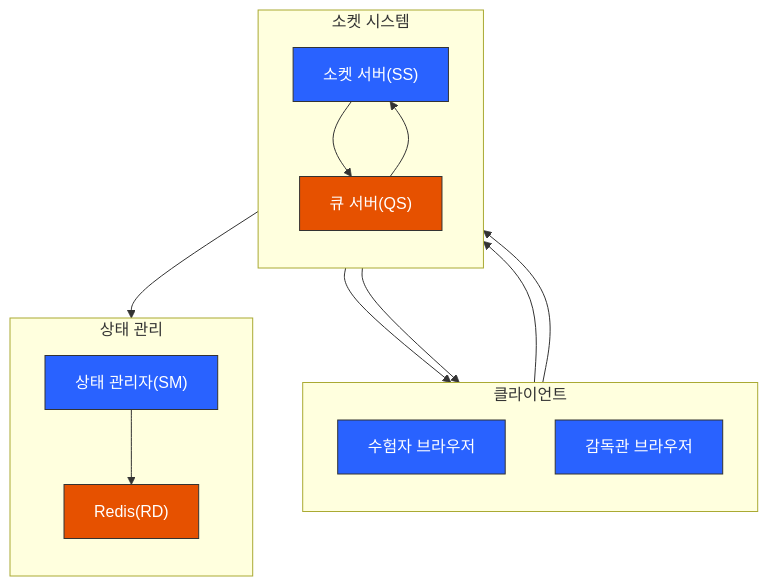
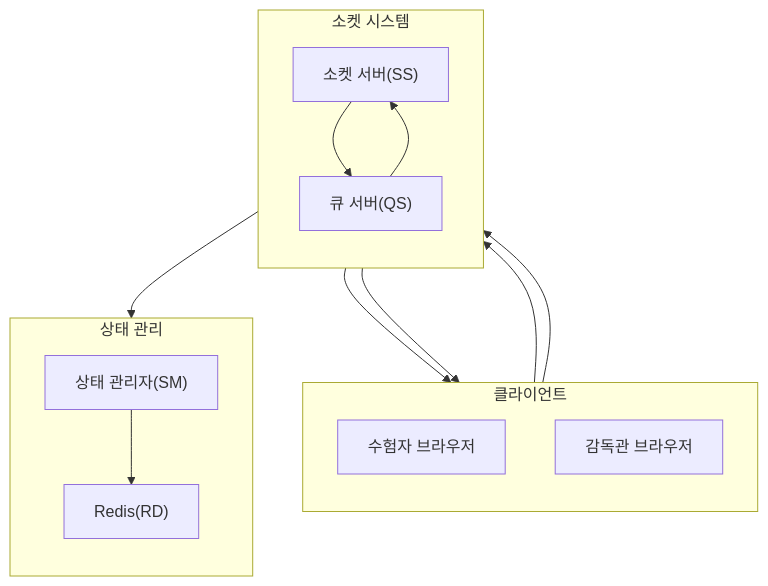
The first of 2 diagrams in 시나리오/04 시험 단계 진행 프로세스.md (ldmrepo/exam-arch), drawn with Mermaid before and after one commit. The commit also changed 7 other files, not shown here.

Commit message:
상태 처리 다이어그램에서 스타일 제거 및 시퀀스 다이어그램 추가

````diff
--- a/시나리오/04 시험 단계 진행 프로세스.md
+++ b/시나리오/04 시험 단계 진행 프로세스.md
@@ -3,39 +3,33 @@
 ```mermaid
 flowchart TB
     subgraph Clients["클라이언트"]
         direction TB
         CB["수험자 브라우저"]
         SB["감독관 브라우저"]
     end
 
     subgraph SocketSystem["소켓 시스템"]
         direction TB
         SS["소켓 서버(SS)"]
         QS["큐 서버(QS)"]
     end
 
     subgraph StateManagement["상태 관리"]
         direction TB
         SM["상태 관리자(SM)"]
         RD["Redis(RD)"]
     end
 
     %% 클라이언트와 소켓 서버 연결
     CB --> SS
     SB --> SS
 
     %% 소켓 시스템 내부 연결
     SS --> QS
     QS --> SM
     SM --> RD
     QS --> SS
     SS --> CB
     SS --> SB
 
-    style CB fill:#2962ff,stroke:#333,color:#fff
-    style SB fill:#2962ff,stroke:#333,color:#fff
-    style SS fill:#2962ff,stroke:#333,color:#fff
-    style QS fill:#e65100,stroke:#333,color:#fff
-    style SM fill:#2962ff,stroke:#333,color:#fff
-    style RD fill:#e65100,stroke:#333,color:#fff
 ```
````
